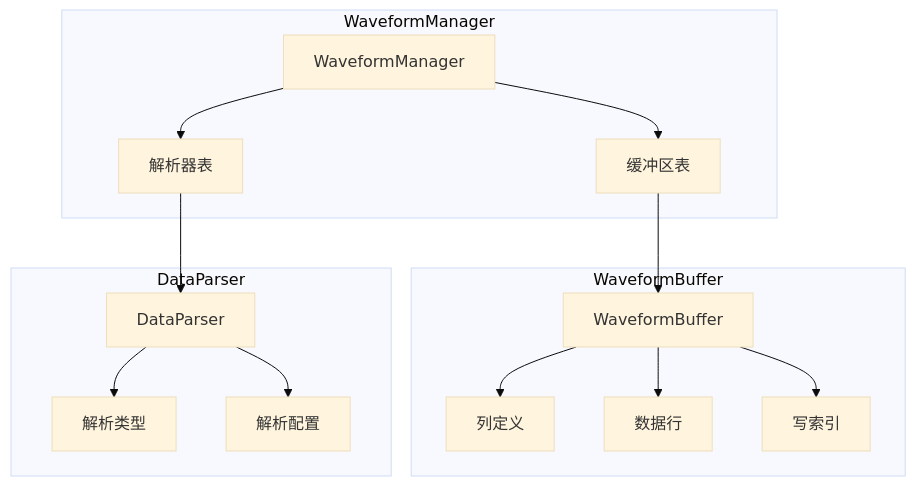
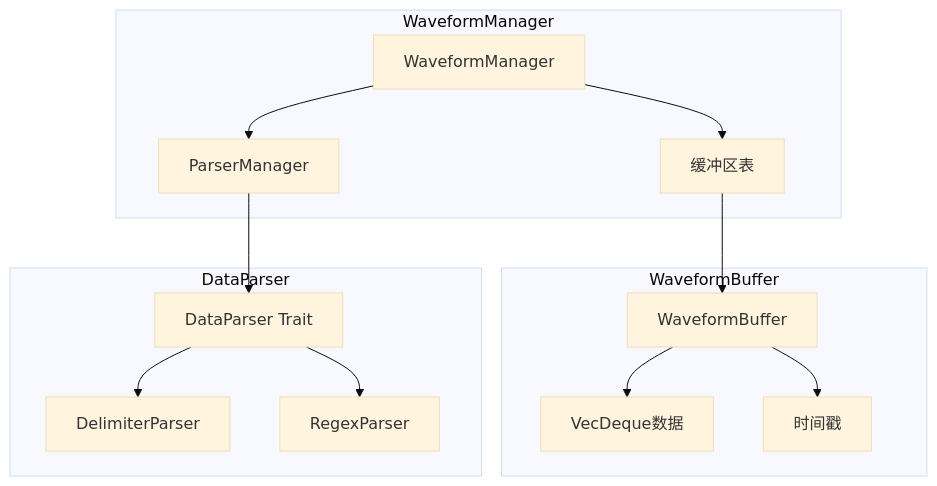
One commit to XiaoPb/combridge changed the first of 2 diagrams in docs/architecture/backend/waveform-module.md. Above: the diagram before and after it, drawn with Mermaid (base theme). The commit also changed other lines of this file and 2 other files, not shown here.

````diff
--- a/docs/architecture/backend/waveform-module.md
+++ b/docs/architecture/backend/waveform-module.md
@@ -118,31 +148,29 @@
 ```mermaid
 graph TB
     subgraph WaveformManager
         WM[WaveformManager]
         Buffers[缓冲区表]
-        Parsers[解析器表]
+        PM[ParserManager]
     end
     
     subgraph WaveformBuffer
         WB[WaveformBuffer]
-        Columns[列定义]
-        Rows[数据行]
-        Index[写索引]
+        Data[VecDeque数据]
+        Timestamp[时间戳]
     end
     
     subgraph DataParser
-        DP[DataParser]
-        Type[解析类型]
-        Config[解析配置]
+        DP[DataParser Trait]
+        DelimParser[DelimiterParser]
+        RegexParser[RegexParser]
     end
     
     WM --> Buffers
-    WM --> Parsers
+    WM --> PM
     Buffers --> WB
-    WB --> Columns
-    WB --> Rows
-    WB --> Index
-    Parsers --> DP
-    DP --> Type
-    DP --> Config
+    WB --> Data
+    WB --> Timestamp
+    PM --> DP
+    DP --> DelimParser
+    DP --> RegexParser
 ```
````
